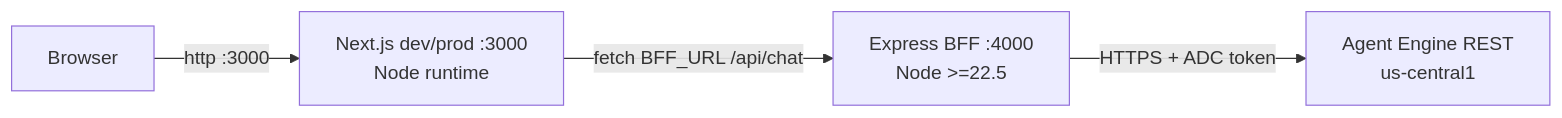
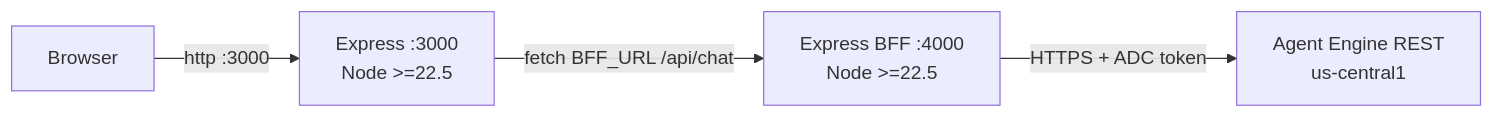
One commit to akashh94/akapal-geap-chat-portal changed the second of 9 diagrams in ARCHITECTURE.md. Above: the diagram before and after it, drawn with Mermaid. The commit also changed other lines of this file and 7 other files, not shown here.

````diff
--- a/ARCHITECTURE.md
+++ b/ARCHITECTURE.md
@@ -104,10 +105,10 @@
 ```mermaid
 flowchart LR
   B["Browser"]
-  N["Next.js dev/prod :3000<br/>Node runtime"]
+  N["Express :3000<br/>Node >=22.5"]
   E["Express BFF :4000<br/>Node >=22.5"]
   G["Agent Engine REST<br/>us-central1"]
   N -- "fetch BFF_URL /api/chat" --> E
   E -- "HTTPS + ADC token" --> G
   B -- "http :3000" --> N
 ```
````
